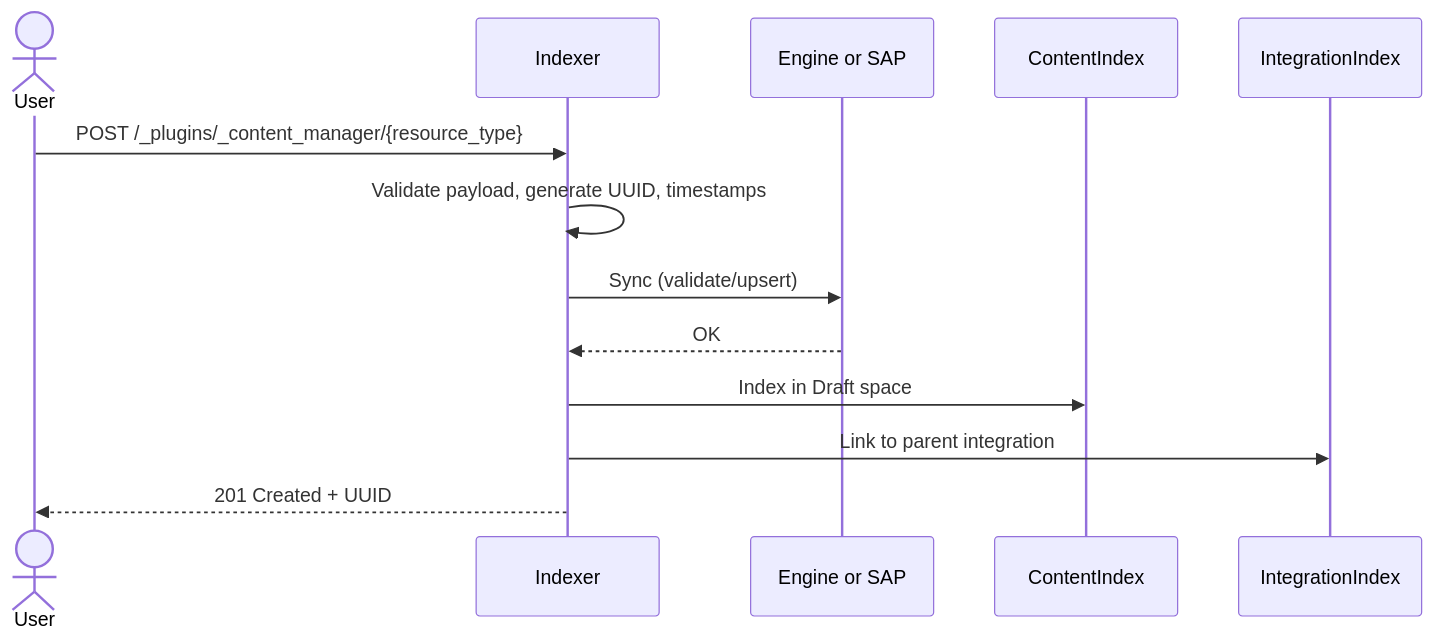
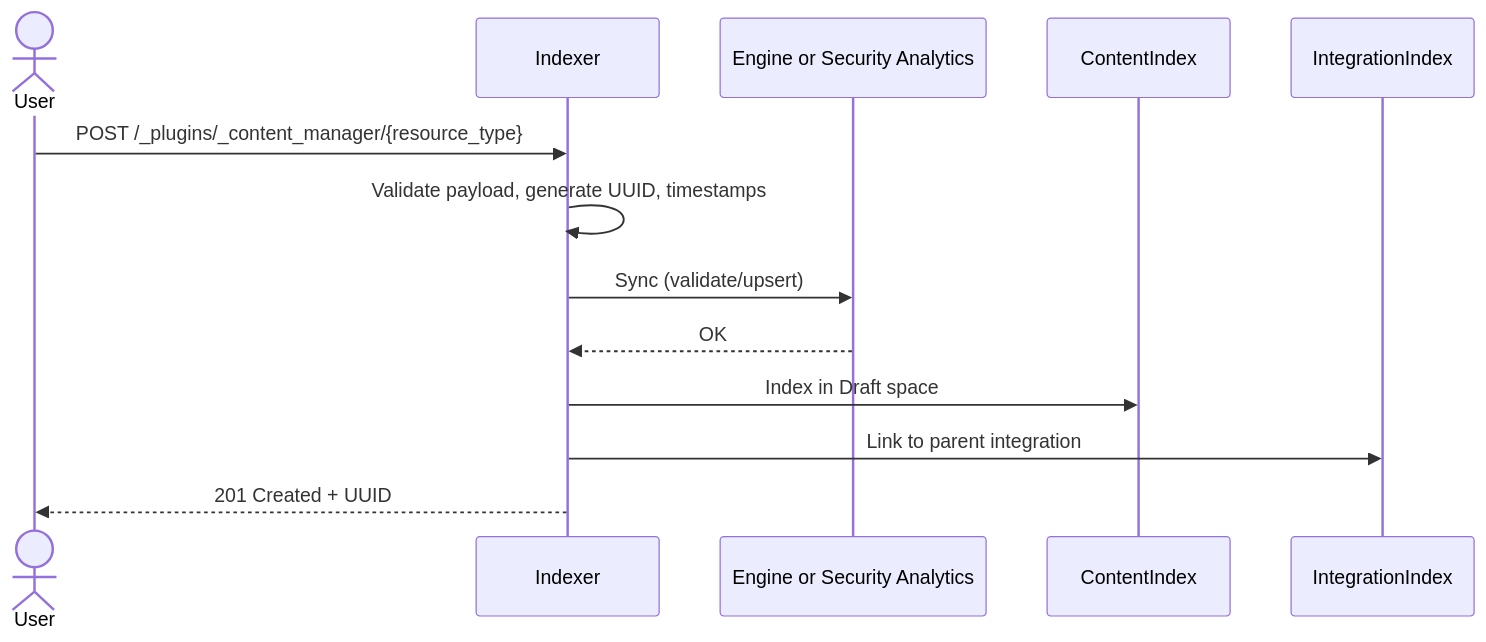
The fifth of 12 diagrams in docs/dev/plugins/content-manager.md (wazuh/wazuh-indexer-plugins), drawn with Mermaid before and after one commit. The commit also changed other lines of this file and 41 other files, not shown here.

````diff
--- a/docs/dev/plugins/content-manager.md
+++ b/docs/dev/plugins/content-manager.md
@@ -654,16 +659,16 @@
 ```mermaid
 sequenceDiagram
     actor User
     participant Indexer
-    participant Engine/SAP as Engine or SAP
+    participant EngineSA as Engine or Security Analytics
     participant ContentIndex
     participant IntegrationIndex
 
     User->>Indexer: POST /_plugins/_content_manager/{resource_type}
     Indexer->>Indexer: Validate payload, generate UUID, timestamps
-    Indexer->>Engine/SAP: Sync (validate/upsert)
-    Engine/SAP-->>Indexer: OK
+    Indexer->>EngineSA: Sync (validate/upsert)
+    EngineSA-->>Indexer: OK
     Indexer->>ContentIndex: Index in Draft space
     Indexer->>IntegrationIndex: Link to parent integration
     Indexer-->>User: 201 Created + UUID
 ```
````
